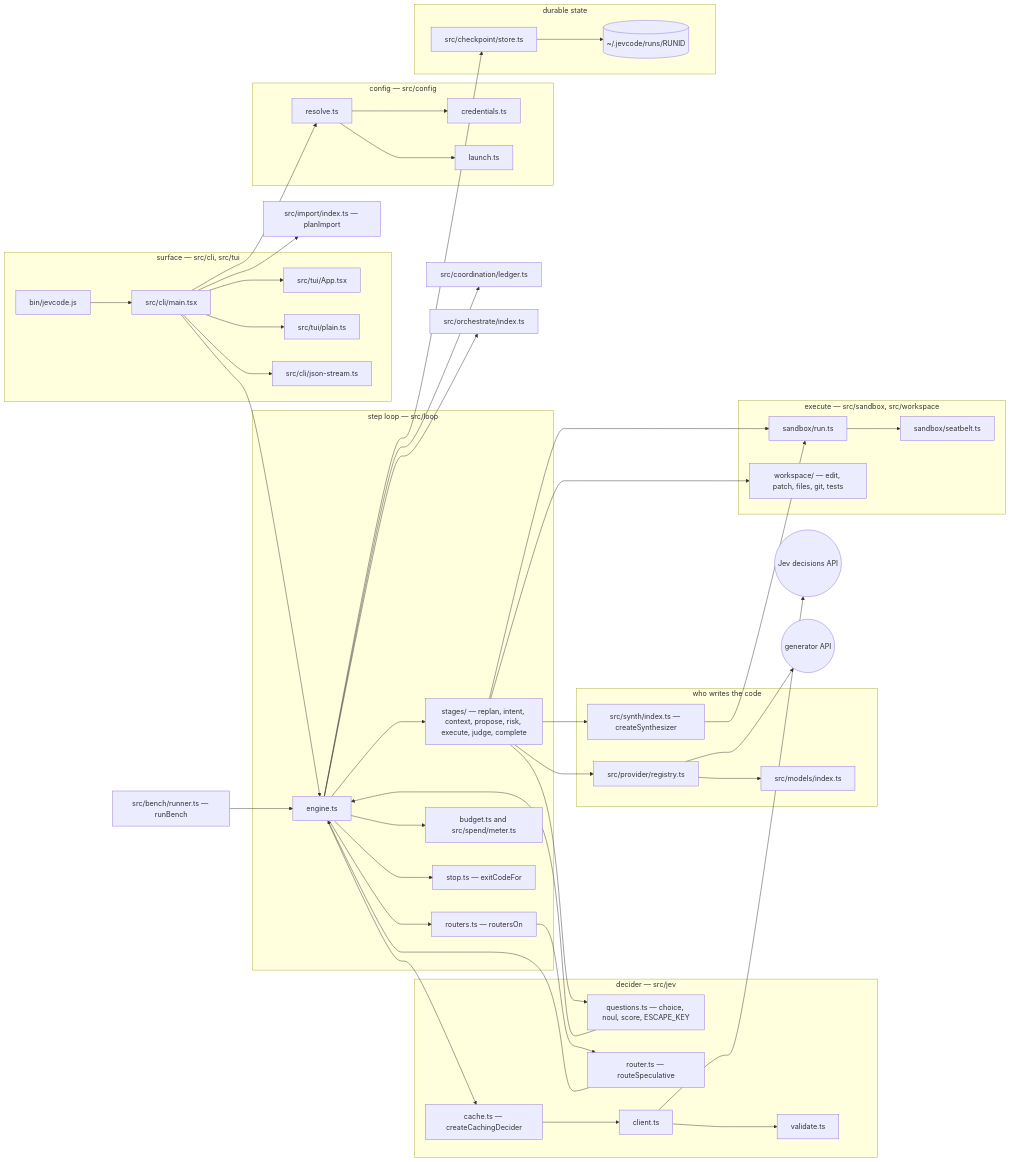
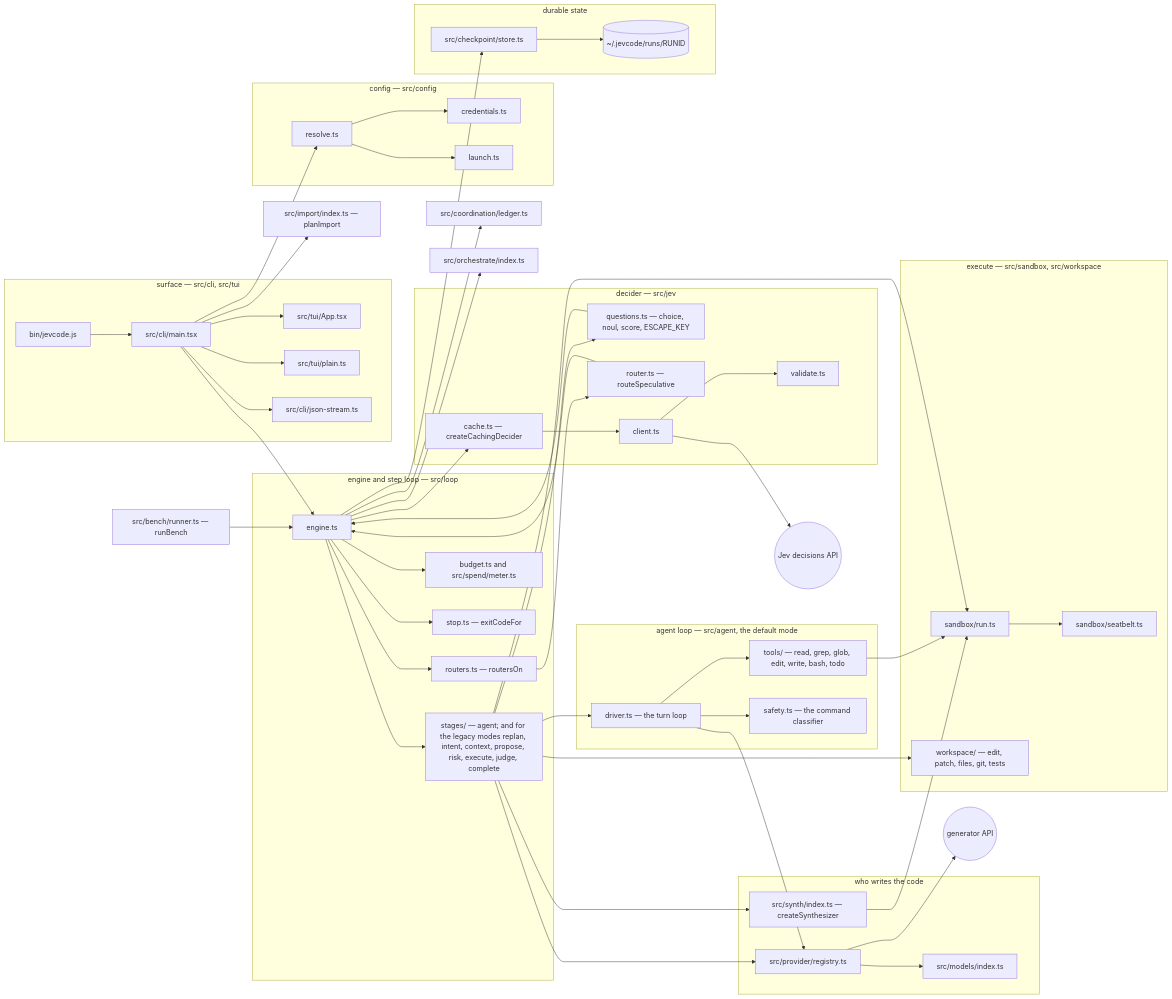
The diagram in docs/README.md (coasty-ai/JevCode), drawn with Mermaid before and after one commit. The commit also changed other lines of this file and 12 other files, not shown here.

First line of the commit message:
docs(architecture,concepts): the agent loop page; Jev at the edges; the step loop and synthesizer as the legacy modes' engine

```diff
--- a/docs/README.md
+++ b/docs/README.md
@@ -42,9 +45,14 @@
     CREDS["credentials.ts"]
     LAUNCH["launch.ts"]
   end
-  subgraph sg_loop["step loop — src/loop"]
+  subgraph sg_agent["agent loop — src/agent, the default mode"]
+    DRIVER["driver.ts — the turn loop"]
+    ATOOLS["tools/ — read, grep, glob, edit, write, bash, todo"]
+    ASAFE["safety.ts — the command classifier"]
+  end
+  subgraph sg_loop["engine and step loop — src/loop"]
     ENGINE["engine.ts"]
-    STAGES["stages/ — replan, intent, context, propose, risk, execute, judge, complete"]
+    STAGES["stages/ — agent; and for the legacy modes replan, intent, context, propose, risk, execute, judge, complete"]
     ROUTERS["routers.ts — routersOn"]
     BUDGET["budget.ts and src/spend/meter.ts"]
     STOPM["stop.ts — exitCodeFor"]
@@ -88,6 +96,11 @@
   MAIN --> IMPORTM
   BENCH --> ENGINE
   ENGINE --> STAGES
+  STAGES --> DRIVER
+  DRIVER --> ATOOLS
+  DRIVER --> ASAFE
+  DRIVER --> PROVIDER
+  ATOOLS --> SANDBOX
   ENGINE --> ROUTERS
   ENGINE --> BUDGET
   ENGINE --> STOPM
```
